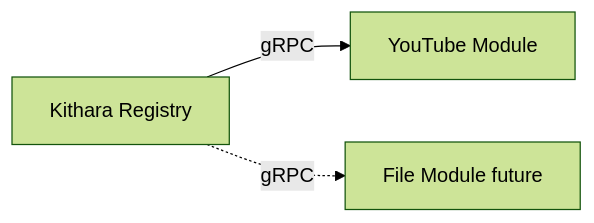
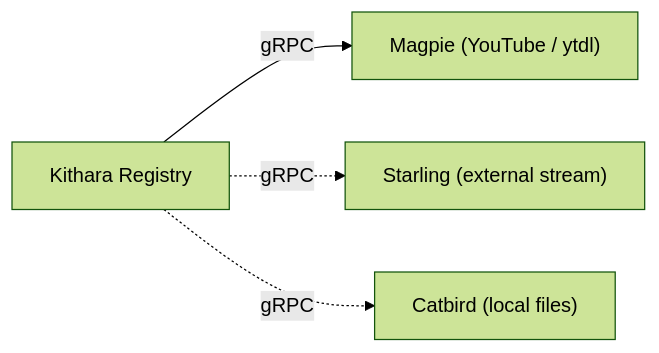
One commit to Bardie-radio/bardie-kithara changed the diagram in docs/architecture/domains/source-modules.md. Above: the diagram before and after it, drawn with Mermaid (forest theme). The commit also changed other lines of this file and 35 other files, not shown here.

````diff
--- a/docs/architecture/domains/source-modules.md
+++ b/docs/architecture/domains/source-modules.md
@@ -3,8 +3,10 @@
 ```mermaid
 flowchart LR
   Kithara[Kithara Registry]
-  YT[YouTube Module]
-  File[File Module future]
-  Kithara -->|gRPC| YT
-  Kithara -.->|gRPC| File
+  Magpie["Magpie (YouTube / ytdl)"]
+  Starling["Starling (external stream)"]
+  Catbird["Catbird (local files)"]
+  Kithara -->|gRPC| Magpie
+  Kithara -.->|gRPC| Starling
+  Kithara -.->|gRPC| Catbird
 ```
````
